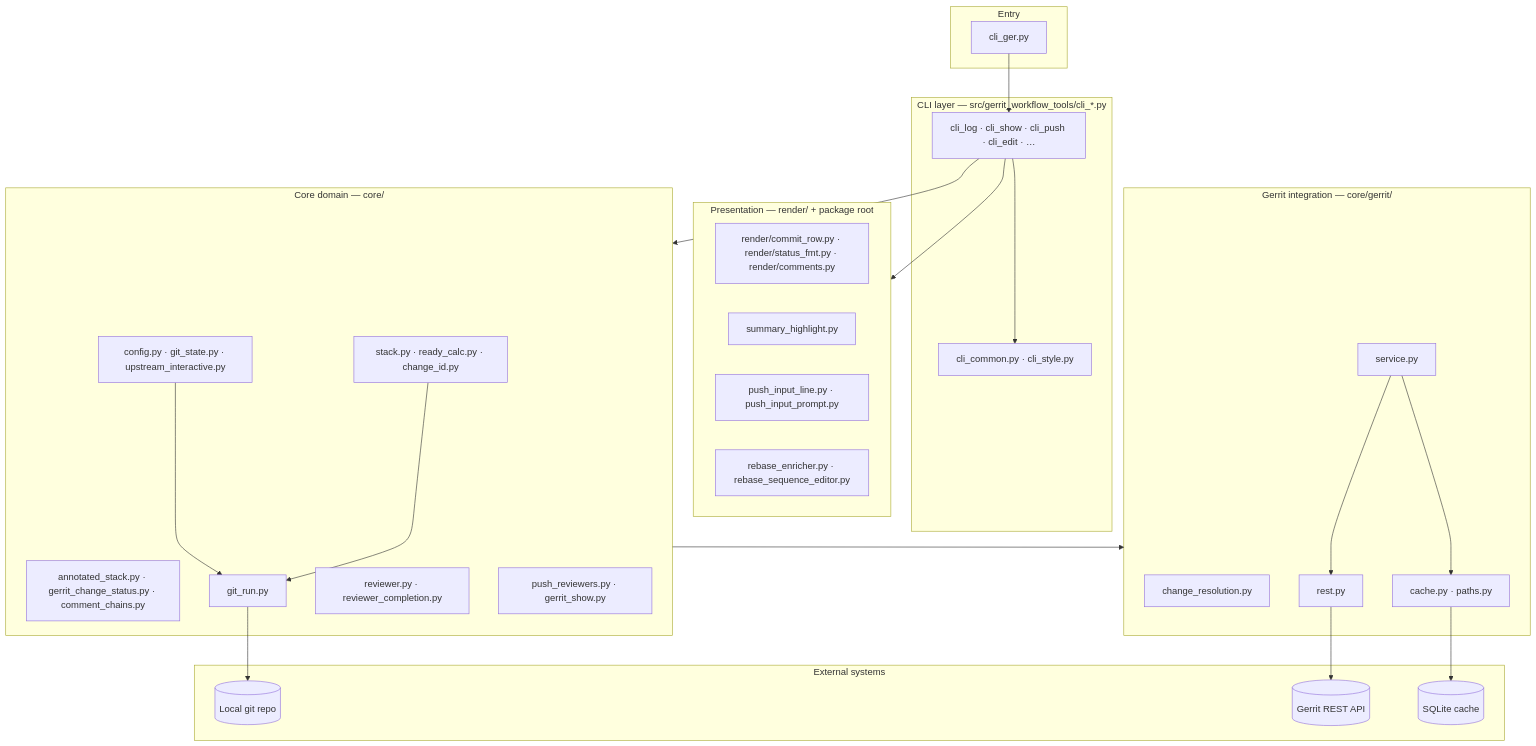
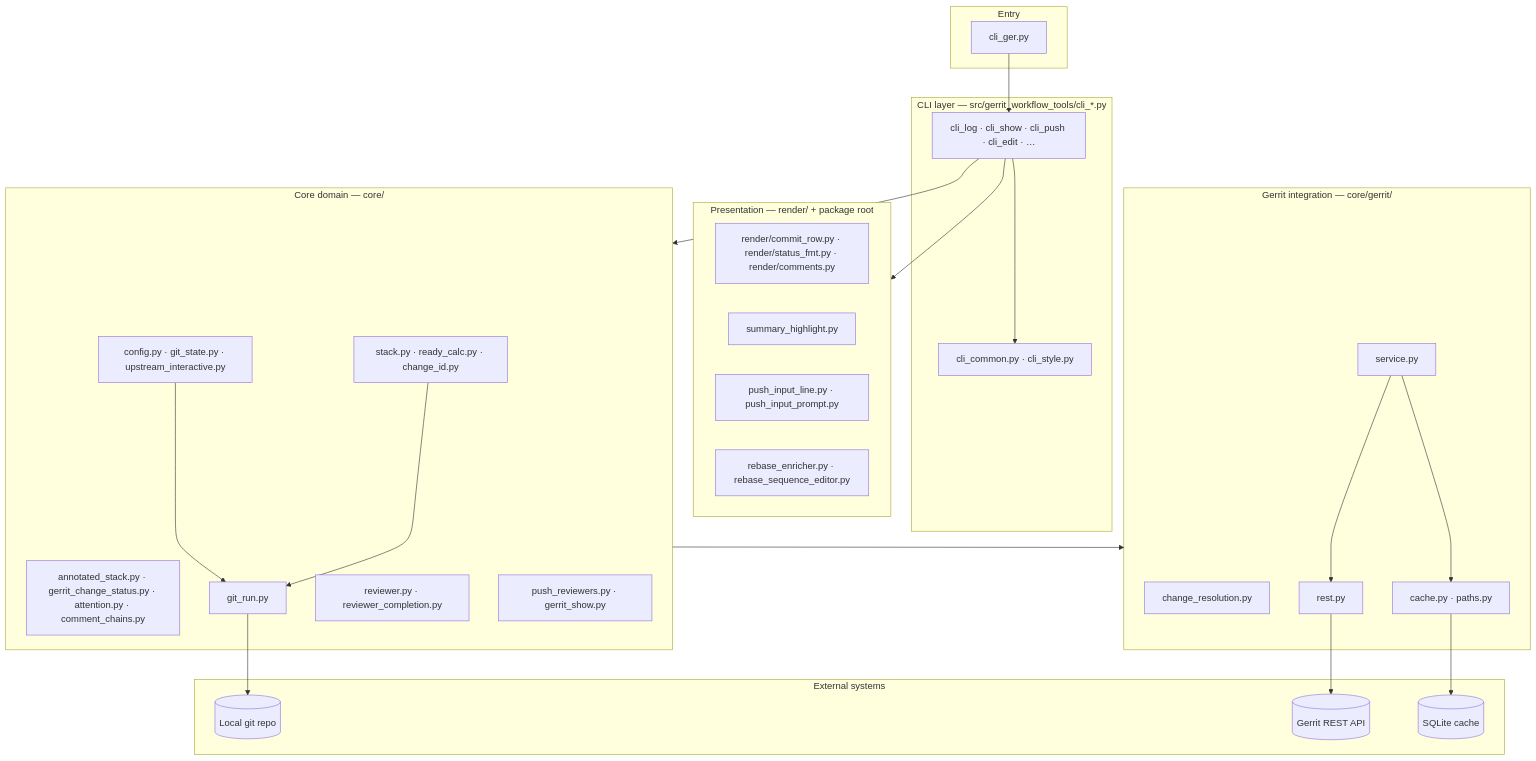
Before and after one commit to togrue/gerrit-workflow-tools: the first of 8 diagrams in docu/architecture.md, drawn with Mermaid. The commit also changed other lines of this file and 17 other files, not shown here.

````diff
--- a/docu/architecture.md
+++ b/docu/architecture.md
@@ -29,53 +29,53 @@
 ```mermaid
 flowchart TB
   subgraph entry [Entry]
     ger[cli_ger.py]
   end
 
   subgraph cli [CLI layer — src/gerrit_workflow_tools/cli_*.py]
     common[cli_common.py · cli_style.py]
     commands[cli_log · cli_show · cli_push · cli_edit · …]
   end
 
   subgraph presentation [Presentation — render/ + package root]
     render[render/commit_row.py · render/status_fmt.py · render/comments.py]
     highlight[summary_highlight.py]
     push_ui[push_input_line.py · push_input_prompt.py]
     rebase_hook[rebase_enricher.py · rebase_sequence_editor.py]
   end
 
   subgraph core [Core domain — core/]
     stack[stack.py · ready_calc.py · change_id.py]
-    status[annotated_stack.py · gerrit_change_status.py · comment_chains.py]
+    status[annotated_stack.py · gerrit_change_status.py · attention.py · comment_chains.py]
     config[config.py · git_state.py · upstream_interactive.py]
     git[git_run.py]
     reviewers[reviewer.py · reviewer_completion.py]
     push_core[push_reviewers.py · gerrit_show.py]
   end
 
   subgraph gerrit [Gerrit integration — core/gerrit/]
     resolution[change_resolution.py]
     service[service.py]
     rest[rest.py]
     cache[cache.py · paths.py]
   end
 
   subgraph external [External systems]
     git_repo[(Local git repo)]
     gerrit_api[(Gerrit REST API)]
     sqlite[(SQLite cache)]
   end
 
   ger --> commands
   commands --> common
   commands --> core
   commands --> presentation
   core --> gerrit
   service --> rest
   service --> cache
   rest --> gerrit_api
   cache --> sqlite
   stack --> git
   config --> git
   git --> git_repo
 ```
````
